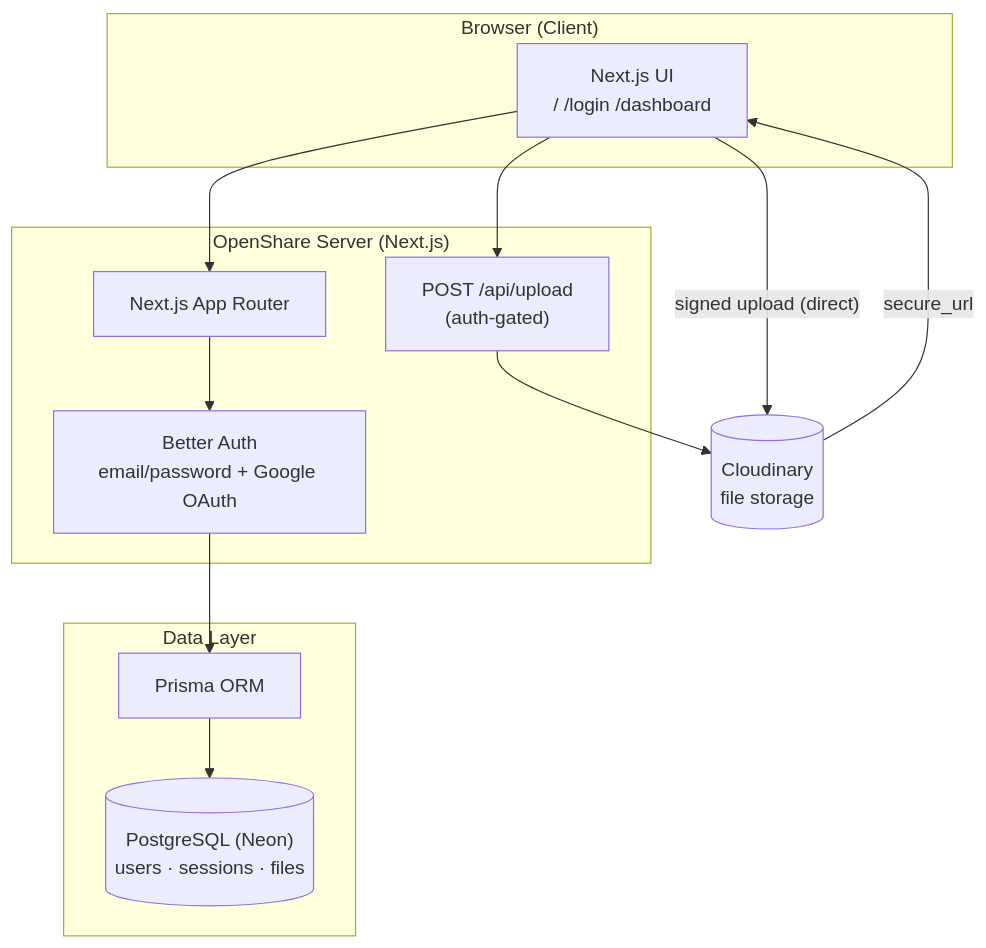
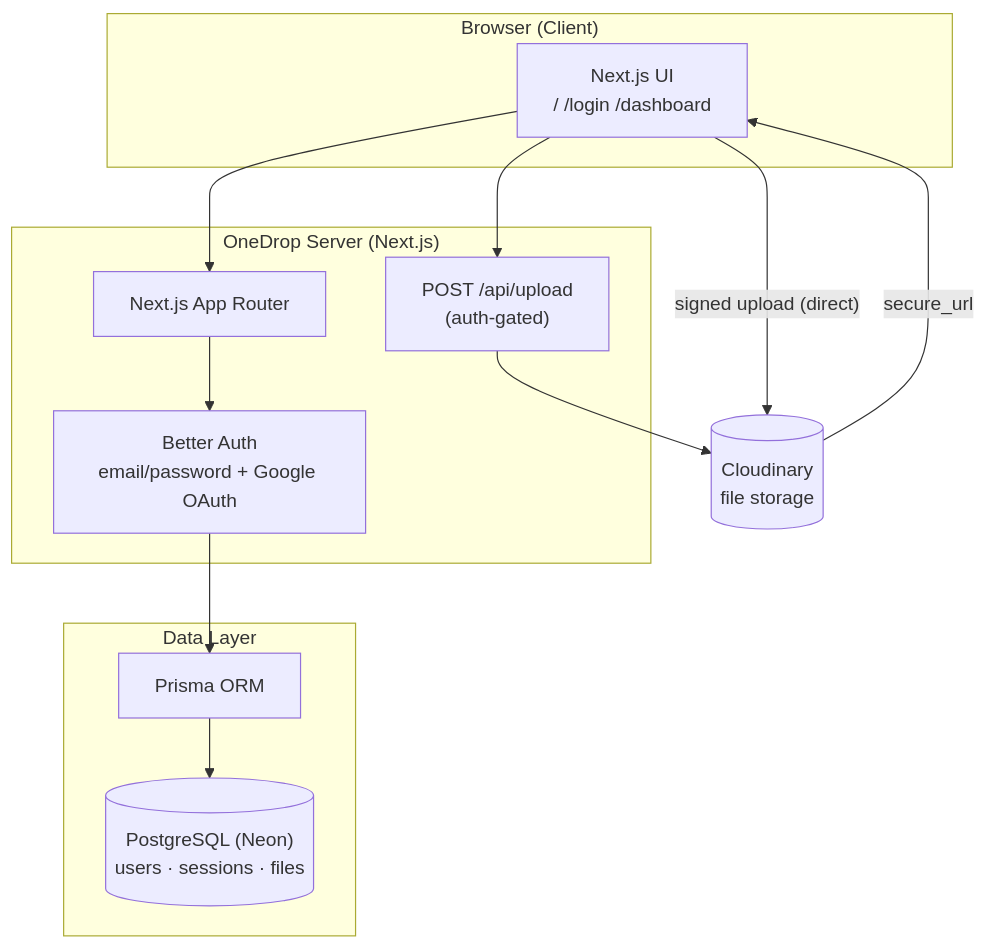
One commit to yshishir/openshare changed the diagram in README.md. Above: the diagram before and after it, drawn with Mermaid. The commit also changed other lines of this file and 14 other files, not shown here.

````diff
--- a/README.md
+++ b/README.md
@@ -35,27 +35,27 @@
 ```mermaid
 flowchart TB
     subgraph Client["Browser (Client)"]
         UI["Next.js UI<br/>/  /login  /dashboard"]
     end
 
-    subgraph Server["OpenShare Server (Next.js)"]
+    subgraph Server["OneDrop Server (Next.js)"]
         NEXT["Next.js App Router"]
         API["POST /api/upload<br/>(auth-gated)"]
         AUTH["Better Auth<br/>email/password + Google OAuth"]
     end
 
     subgraph Data["Data Layer"]
         PRISMA["Prisma ORM"]
         PG[("PostgreSQL (Neon)<br/>users · sessions · files")]
     end
 
     CLOUD[("Cloudinary<br/>file storage")]
 
     UI --> NEXT
     NEXT --> AUTH
     AUTH --> PRISMA --> PG
     UI --> API
     API --> CLOUD
     UI -- "signed upload (direct)" --> CLOUD
     CLOUD -- "secure_url" --> UI
 ```
````
